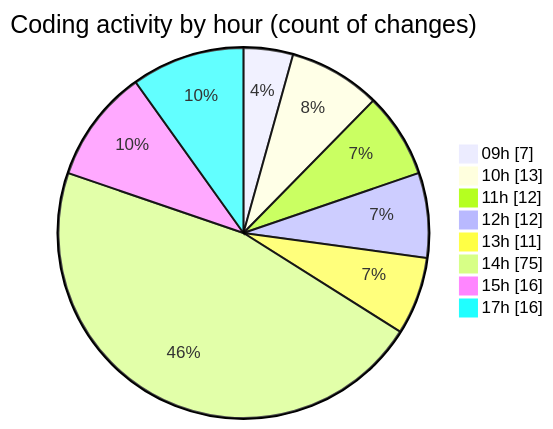
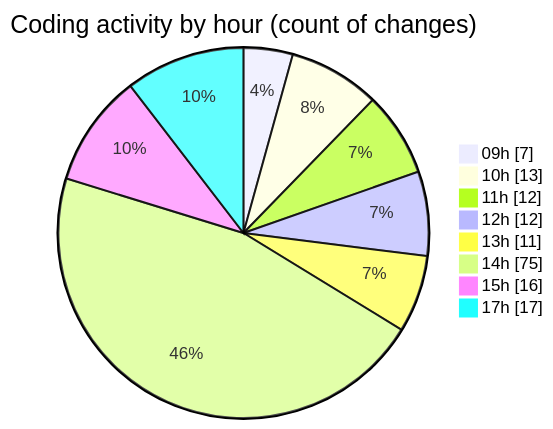
One commit to momahboobian/code-tracking changed the second of 2 diagrams in 2025-08-18/cda/README.md. Above: the diagram before and after it, drawn with Mermaid. The commit also changed other lines of this file and 1 other file, not shown here.

````diff
--- a/2025-08-18/cda/README.md
+++ b/2025-08-18/cda/README.md
@@ -52,12 +52,12 @@
 ```mermaid
 pie showData
 title Coding activity by hour (count of changes)
 "09h" : 7
 "10h" : 13
 "11h" : 12
 "12h" : 12
 "13h" : 11
 "14h" : 75
 "15h" : 16
-"17h" : 16
+"17h" : 17
 ```
````
